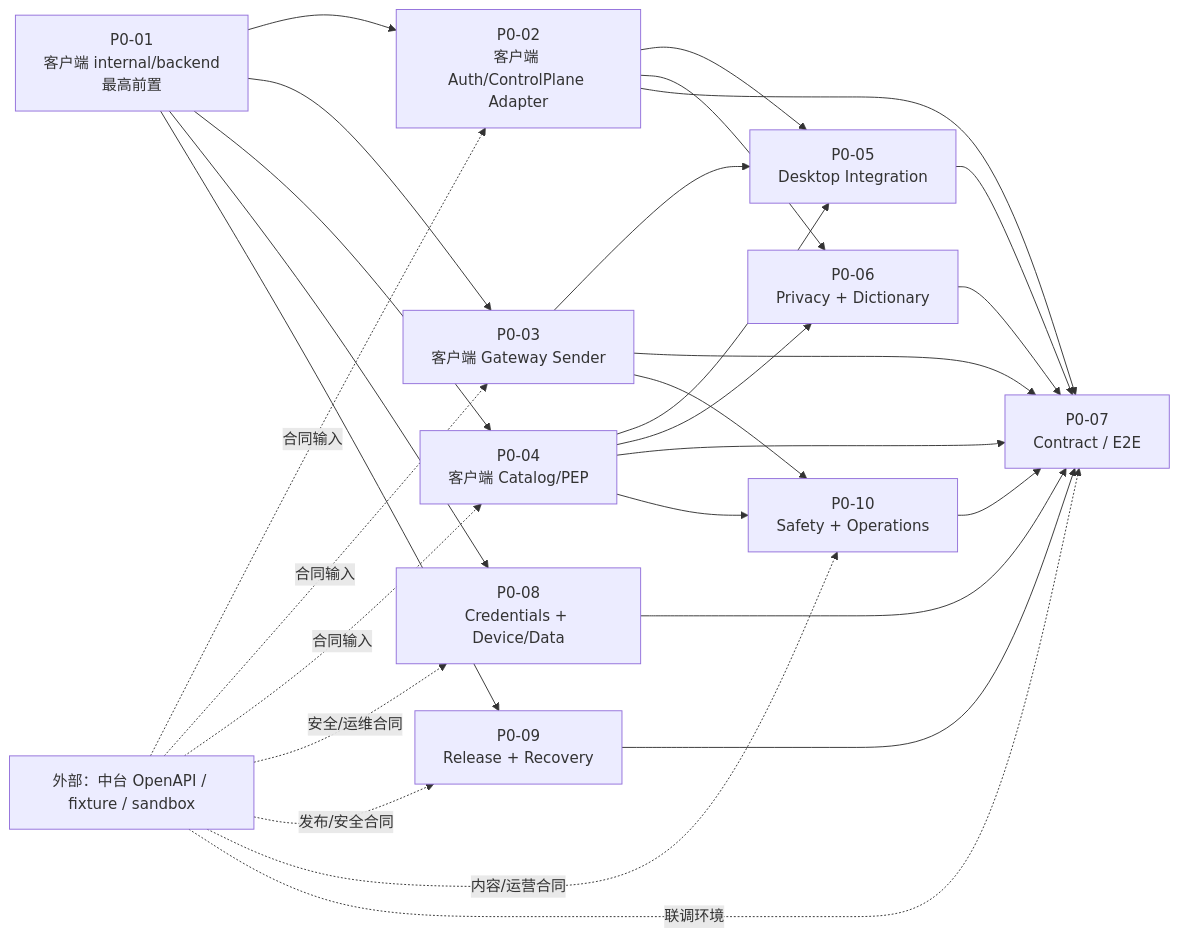
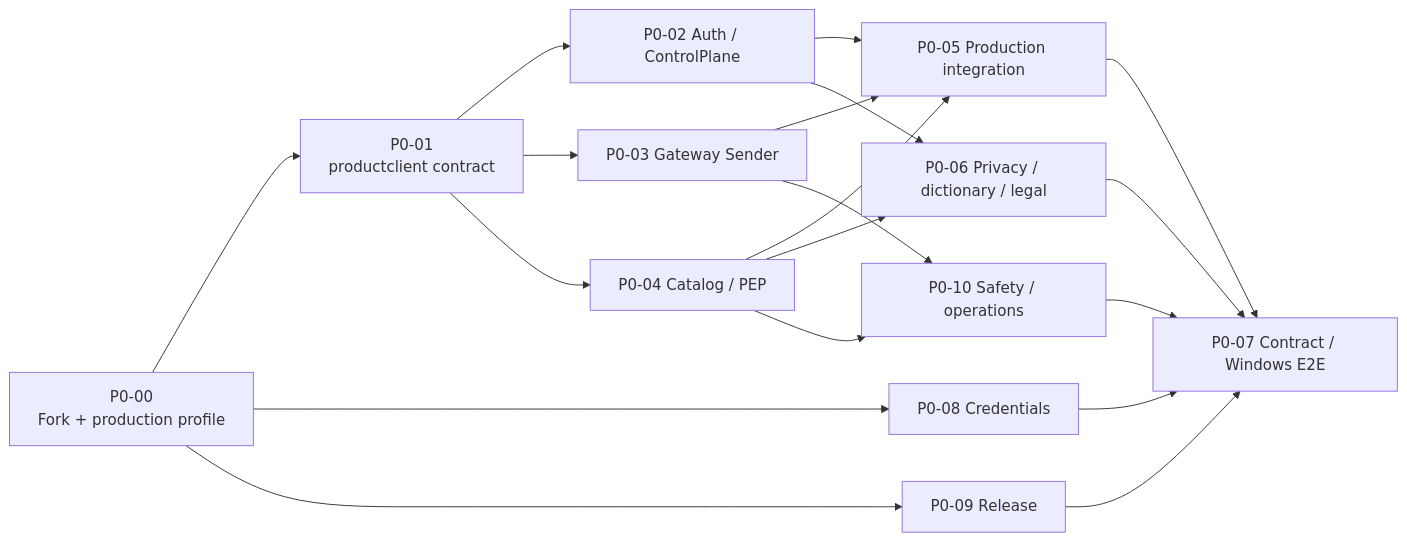
One commit to USDAble/buding-box-client changed the second of 2 diagrams in dev-docs-usdable/需求/20260909/P0-正式服务与Agent演进/README.md. Above: the diagram before and after it, drawn with Mermaid. The commit also changed other lines of this file and 16 other files, not shown here.

````diff
--- a/dev-docs-usdable/需求/20260909/P0-正式服务与Agent演进/README.md
+++ b/dev-docs-usdable/需求/20260909/P0-正式服务与Agent演进/README.md
@@ -125,30 +63,21 @@
 ```mermaid
 flowchart LR
-    A[P0-01<br/>客户端 internal/backend<br/>最高前置] --> B[P0-02<br/>客户端 Auth/ControlPlane Adapter]
-    A --> C[P0-03<br/>客户端 Gateway Sender]
-    A --> D[P0-04<br/>客户端 Catalog/PEP]
-    B --> E[P0-05<br/>Desktop Integration]
+    Z[P0-00<br/>Fork + production profile] --> A[P0-01<br/>productclient contract]
+    A --> B[P0-02 Auth / ControlPlane]
+    A --> C[P0-03 Gateway Sender]
+    A --> D[P0-04 Catalog / PEP]
+    Z --> H[P0-08 Credentials]
+    Z --> I[P0-09 Release]
+    B --> E[P0-05 Production integration]
     C --> E
     D --> E
-    B --> F[P0-06<br/>Privacy + Dictionary]
+    B --> F[P0-06 Privacy / dictionary / legal]
     D --> F
-    B --> G[P0-07<br/>Contract / E2E]
-    C --> G
-    D --> G
-    E --> G
+    C --> J[P0-10 Safety / operations]
+    D --> J
+    E --> G[P0-07 Contract / Windows E2E]
     F --> G
-    A --> H[P0-08<br/>Credentials + Device/Data]
-    A --> I[P0-09<br/>Release + Recovery]
-    C --> J[P0-10<br/>Safety + Operations]
-    D --> J
     H --> G
     I --> G
     J --> G
-    X[外部：中台 OpenAPI / fixture / sandbox] -. 合同输入 .-> B
-    X -. 合同输入 .-> C
-    X -. 合同输入 .-> D
-    X -. 安全/运维合同 .-> H
-    X -. 发布/安全合同 .-> I
-    X -. 内容/运营合同 .-> J
-    X -. 联调环境 .-> G
 ```
````
